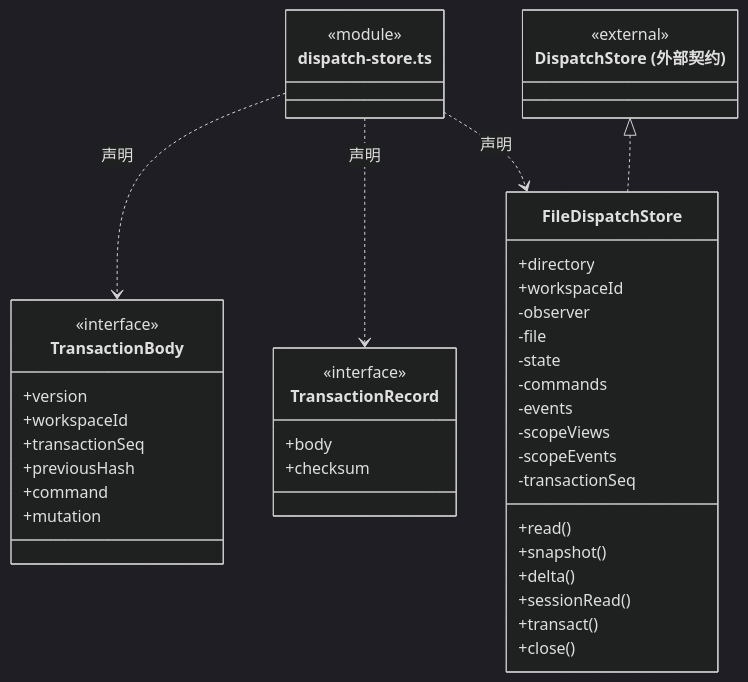
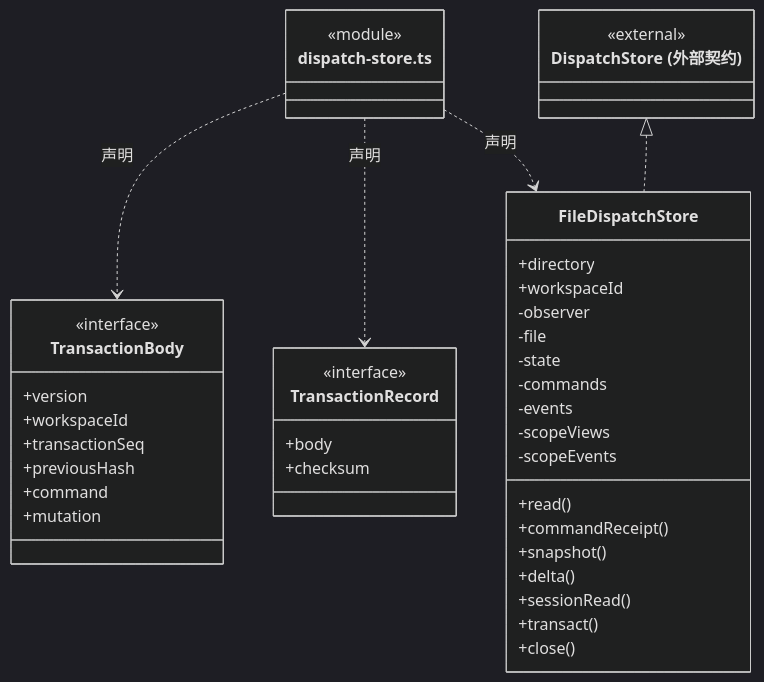
The seventh of 12 diagrams in src/backend/main/persistence/tasks/ARCHITECTURE.md (nan023062/cbim), drawn with Mermaid (dark theme) before and after one commit. The commit also changed other lines of this file and 52 other files, not shown here.

````diff
--- a/src/backend/main/persistence/tasks/ARCHITECTURE.md
+++ b/src/backend/main/persistence/tasks/ARCHITECTURE.md
@@ -161,45 +161,45 @@
 ```mermaid
 classDiagram
 class N_src_backend_main_persistence_tasks_dispatch_store_ts["dispatch-store.ts"] {
   <<module>>
 }
 class N_src_backend_main_persistence_tasks_dispatch_store_ts_TransactionBody["TransactionBody"] {
   <<interface>>
   +version
   +workspaceId
   +transactionSeq
   +previousHash
   +command
   +mutation
 }
 N_src_backend_main_persistence_tasks_dispatch_store_ts ..> N_src_backend_main_persistence_tasks_dispatch_store_ts_TransactionBody : 声明
 class N_src_backend_main_persistence_tasks_dispatch_store_ts_TransactionRecord["TransactionRecord"] {
   <<interface>>
   +body
   +checksum
 }
 N_src_backend_main_persistence_tasks_dispatch_store_ts ..> N_src_backend_main_persistence_tasks_dispatch_store_ts_TransactionRecord : 声明
 class N_src_backend_main_persistence_tasks_dispatch_store_ts_FileDispatchStore["FileDispatchStore"] {
   +directory
   +workspaceId
   +read()
+  +commandReceipt()
   +snapshot()
   +delta()
   +sessionRead()
   +transact()
   +close()
   -observer
   -file
   -state
   -commands
   -events
   -scopeViews
   -scopeEvents
-  -transactionSeq
 }
 N_src_backend_main_persistence_tasks_dispatch_store_ts ..> N_src_backend_main_persistence_tasks_dispatch_store_ts_FileDispatchStore : 声明
 class N_src_backend_main_persistence_tasks_dispatch_store_ts_external_DispatchStore["DispatchStore (外部契约)"] {
   <<external>>
 }
 N_src_backend_main_persistence_tasks_dispatch_store_ts_external_DispatchStore <|.. N_src_backend_main_persistence_tasks_dispatch_store_ts_FileDispatchStore
 ```
````
